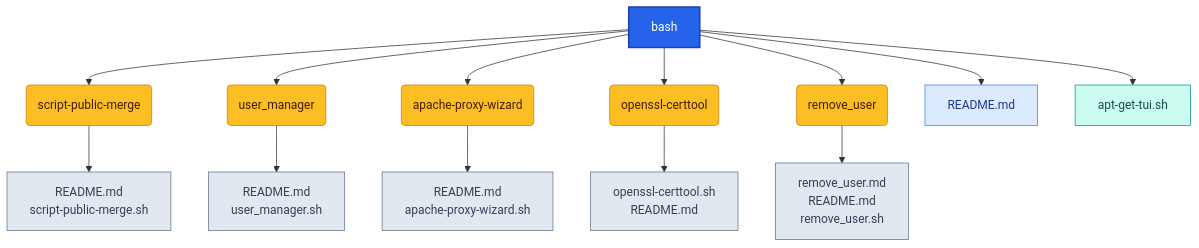
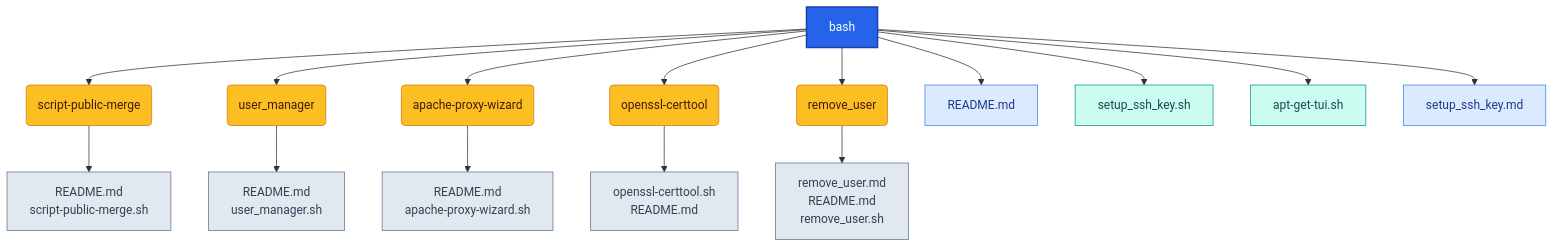
Before and after one commit to Richie086/scripts-public: the diagram in bash/README.md, drawn with Mermaid. The commit also changed 5 other files, not shown here.

````diff
--- a/bash/README.md
+++ b/bash/README.md
@@ -17,20 +17,22 @@
 ```mermaid
 graph TD
 	root["bash"]:::root --> n1("script-public-merge"):::folder
 	root["bash"]:::root --> n2("user_manager"):::folder
 	root["bash"]:::root --> n3("apache-proxy-wizard"):::folder
 	root["bash"]:::root --> n4("openssl-certtool"):::folder
 	root["bash"]:::root --> n5("remove_user"):::folder
 	root["bash"]:::root --> n6["README.md"]:::file-md
-	root["bash"]:::root --> n7["apt-get-tui.sh"]:::file-sh
+	root["bash"]:::root --> n7["setup_ssh_key.sh"]:::file-sh
+	root["bash"]:::root --> n8["apt-get-tui.sh"]:::file-sh
+	root["bash"]:::root --> n9["setup_ssh_key.md"]:::file-md
 	n1 --> n1_2["README.md<br>script-public-merge.sh"]:::file-bundle
 	n2 --> n2_2["README.md<br>user_manager.sh"]:::file-bundle
 	n3 --> n3_2["README.md<br>apache-proxy-wizard.sh"]:::file-bundle
 	n4 --> n4_2["openssl-certtool.sh<br>README.md"]:::file-bundle
 	n5 --> n5_3["remove_user.md<br>README.md<br>remove_user.sh"]:::file-bundle
 classDef root fill:#2563eb,stroke:#1e40af,stroke-width:2px,color:#ffffff;
 classDef folder fill:#fbbf24,stroke:#d97706,stroke-width:1px,color:#451a03;
 classDef file-bundle fill:#e2e8f0,stroke:#64748b,stroke-width:1px,color:#334155;
 classDef file-md fill:#dbeafe,stroke:#3b82f6,stroke-width:1px,color:#1e3a8a;
 classDef file-sh fill:#ccfbf1,stroke:#0d9488,stroke-width:1px,color:#134e4a;
 ```
````
